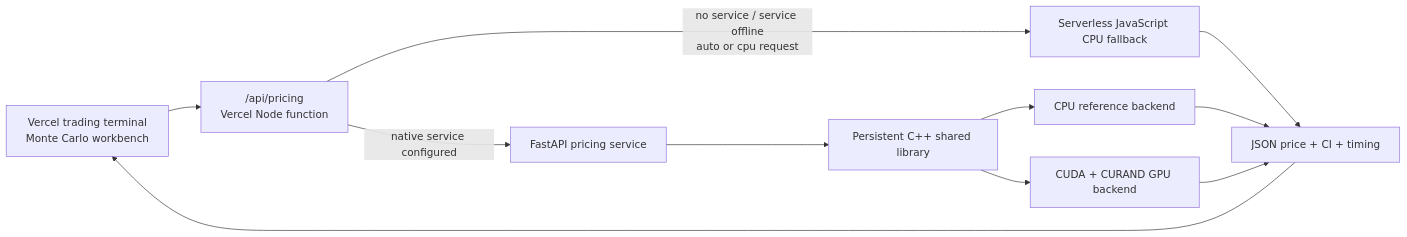
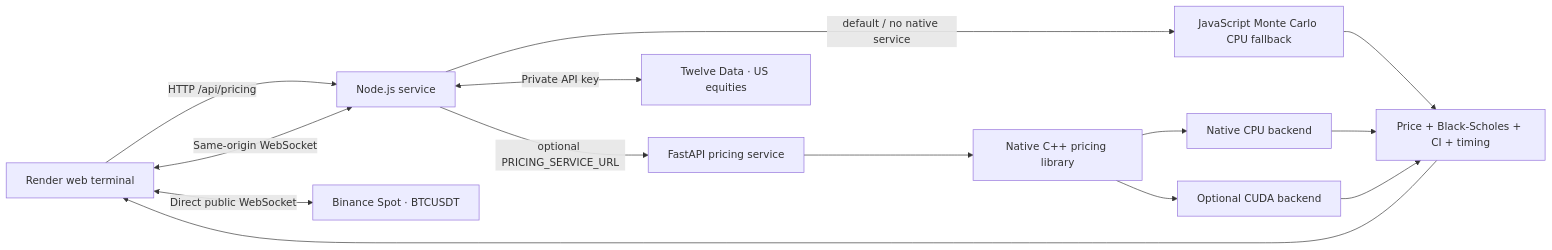
Before and after one commit to ram-mittal/UltraLOB: the second of 2 diagrams in README.md, drawn with Mermaid. The commit also changed other lines of this file, not shown here.

Commit message:
Refresh README for Render, direct BTC data and auto Monte Carlo

````diff
--- a/README.md
+++ b/README.md
@@ -332,13 +341,17 @@
 ```mermaid
 flowchart LR
-  UI["Vercel trading terminal<br/>Monte Carlo workbench"] --> PROXY["/api/pricing<br/>Vercel Node function"]
-  PROXY -->|native service configured| API["FastAPI pricing service"]
-  PROXY -->|no service / service offline<br/>auto or cpu request| FALLBACK["Serverless JavaScript CPU fallback"]
-  FALLBACK --> RESULT["JSON price + CI + timing"]
-  API --> LIB["Persistent C++ shared library"]
-  LIB --> CPU["CPU reference backend"]
-  LIB --> CUDA["CUDA + CURAND GPU backend"]
-  CPU --> RESULT["JSON price + CI + timing"]
+  BROWSER["Render web terminal"] -->|HTTP /api/pricing| NODE["Node.js service"]
+  NODE -->|default / no native service| CPUJS["JavaScript Monte Carlo CPU fallback"]
+  NODE -->|optional PRICING_SERVICE_URL| FASTAPI["FastAPI pricing service"]
+  FASTAPI --> NATIVE["Native C++ pricing library"]
+  NATIVE --> CPU["Native CPU backend"]
+  NATIVE --> CUDA["Optional CUDA backend"]
+  CPUJS --> RESULT["Price + Black-Scholes + CI + timing"]
+  CPU --> RESULT
   CUDA --> RESULT
-  RESULT --> UI
+  RESULT --> BROWSER
+
+  BROWSER <-->|Direct public WebSocket| BINANCE["Binance Spot · BTCUSDT"]
+  BROWSER <-->|Same-origin WebSocket| NODE
+  NODE <-->|Private API key| TWELVE["Twelve Data · US equities"]
 ```
````
